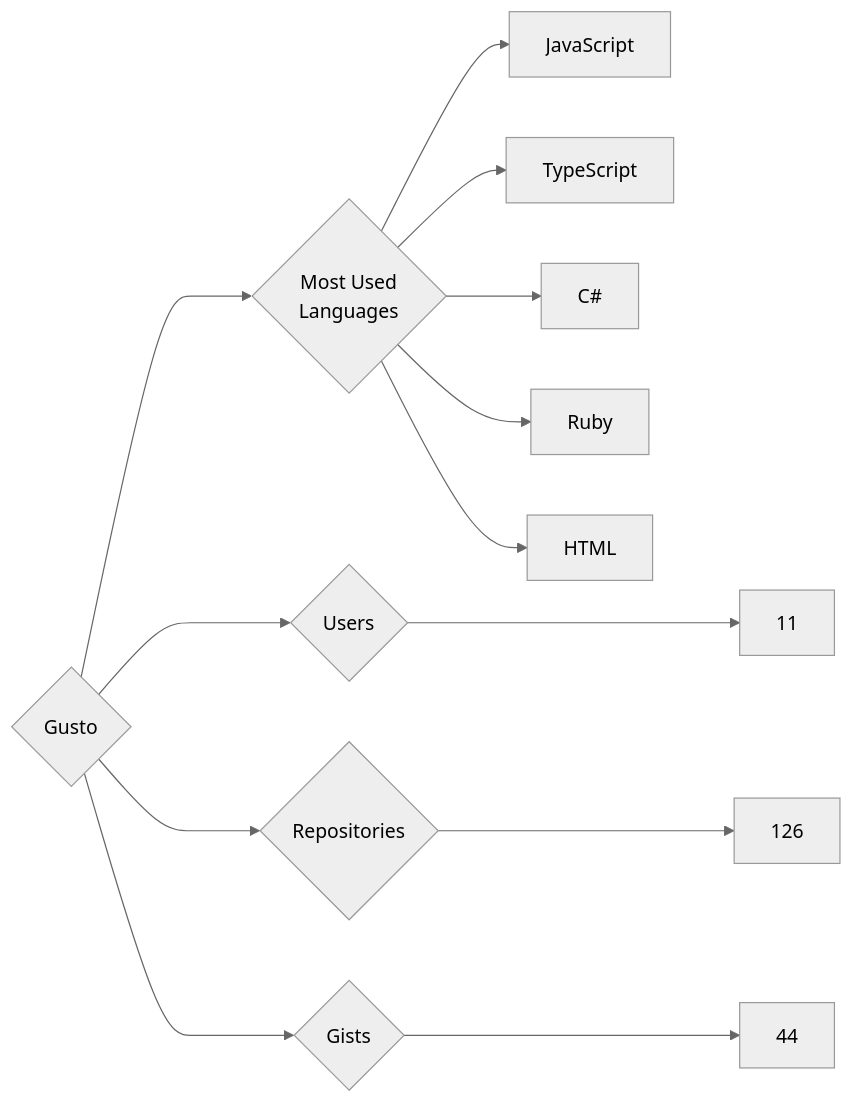
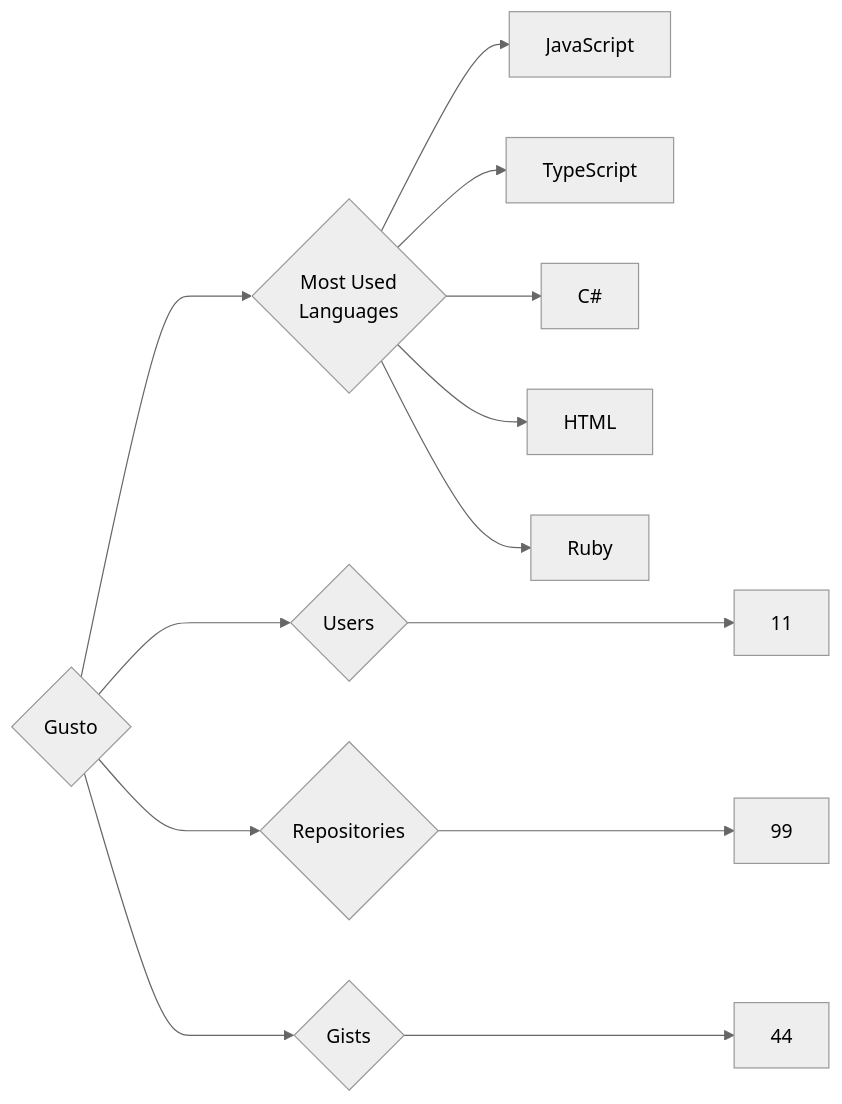
One commit to trickest/insiders changed the diagram in targets/Gusto/README.md. Above: the diagram before and after it, drawn with Mermaid (neutral theme). The commit also changed 951 other files, not shown here.

````diff
--- a/targets/Gusto/README.md
+++ b/targets/Gusto/README.md
@@ -3,13 +3,13 @@
 ```mermaid
 graph LR
 COMPANY_NAME{Gusto}
 COMPANY_NAME ---> U{Users} ---> UN[11]
-COMPANY_NAME ---> R{Repositories} ---> RN[126]
+COMPANY_NAME ---> R{Repositories} ---> RN[99]
 COMPANY_NAME ---> G{Gists} ---> GN[44]
 COMPANY_NAME ---> ML{Most Used<br>Languages}
 ML --> JavaScript[JavaScript]
 ML --> TypeScript[TypeScript]
 ML --> C#[C#]
+ML --> HTML[HTML]
 ML --> Ruby[Ruby]
-ML --> HTML[HTML]
 ```
````
